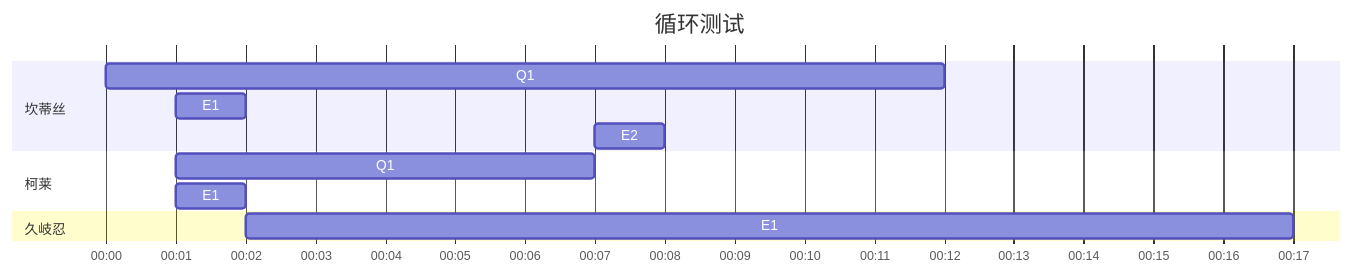
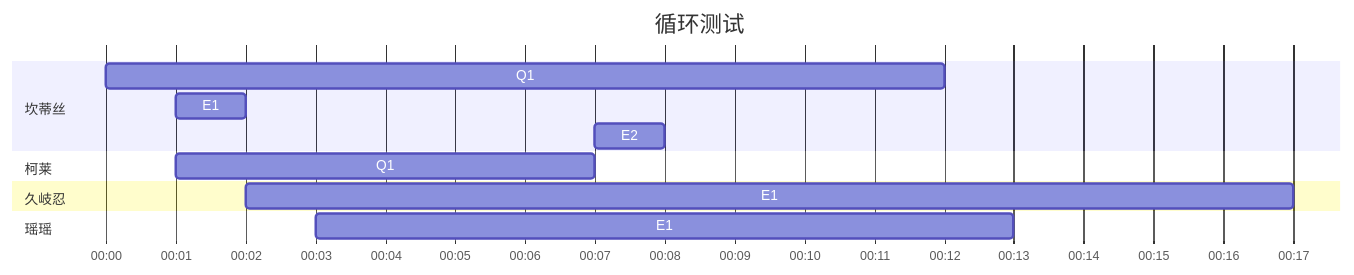
The second of 2 diagrams in _drafts/2022-1.md (JiYouMCC/JiYouMCC.github.io), drawn with Mermaid before and after one commit.

````diff
--- a/_drafts/2022-1.md
+++ b/_drafts/2022-1.md
@@ -21,18 +21,20 @@
 ```mermaid
 gantt
     title 循环测试
     axisFormat %M:%S
     todayMarker off
     
     section 坎蒂丝
     Q1   :    2023-01-29 12:00:00, 12s
     E1   :    2023-01-29 12:00:01, 1s
     E2   :    2023-01-29 12:00:07, 1s
     
     section 柯莱
     Q1   :    2023-01-29 12:00:01, 6s
-    E1   :    2023-01-29 12:00:01, 1s
     
     section 久岐忍
     E1   :    2023-01-29 12:00:02, 15s
+    
+    section 瑶瑶
+    E1   :    2023-01-29 12:00:03, 10s
 ```
````
